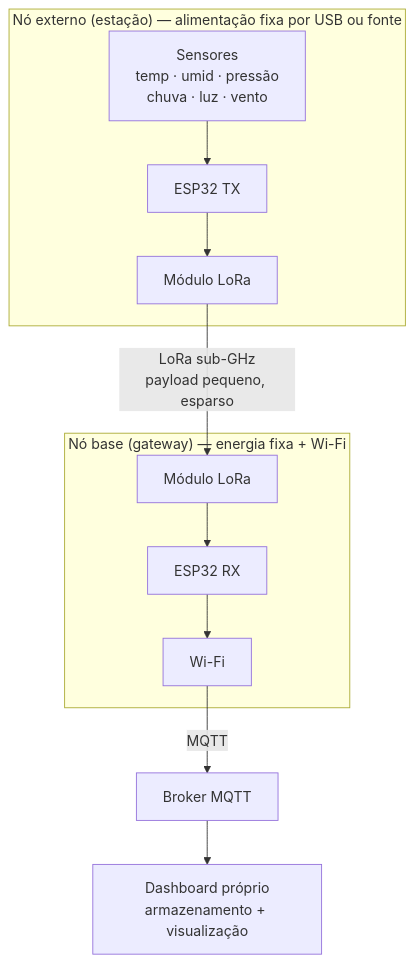
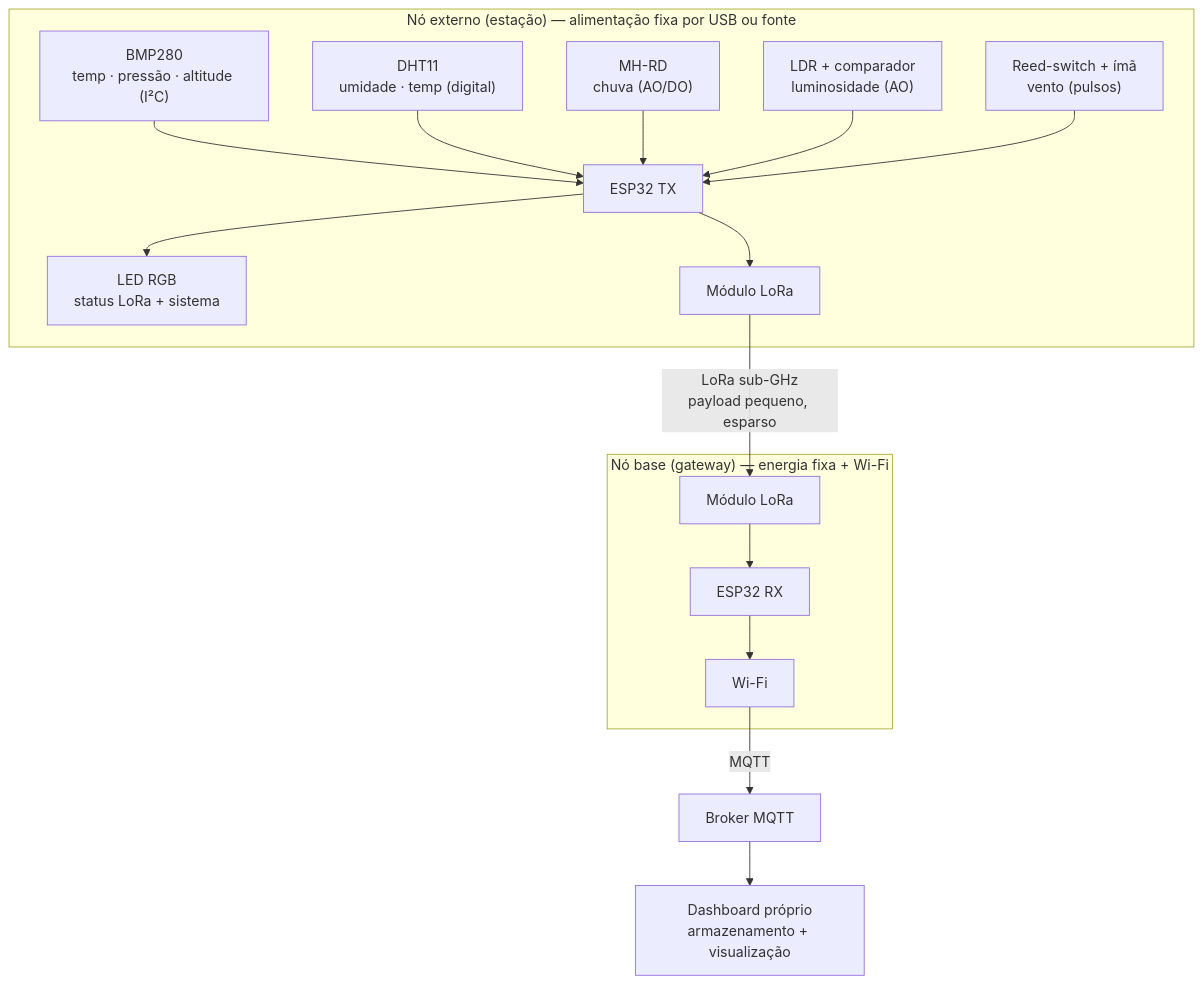
One commit to BrunoBReis/trabalho_embarcados changed the diagram in README.md. Above: the diagram before and after it, drawn with Mermaid. The commit also changed other lines of this file, not shown here.

````diff
--- a/README.md
+++ b/README.md
@@ -83,18 +83,23 @@
 ```mermaid
 
 flowchart TD
     subgraph EXT["Nó externo (estação) — alimentação fixa por USB ou fonte"]
-        S["Sensores<br/>temp · umid · pressão<br/>chuva · luz · vento"] --> E1["ESP32 TX"]
+        BMP["BMP280<br/>temp · pressão · altitude (I²C)"] --> E1["ESP32 TX"]
+        DHT["DHT11<br/>umidade · temp (digital)"] --> E1
+        RAIN["MH-RD<br/>chuva (AO/DO)"] --> E1
+        LDR["LDR + comparador<br/>luminosidade (AO)"] --> E1
+        REED["Reed-switch + ímã<br/>vento (pulsos)"] --> E1
+        E1 --> LED["LED RGB<br/>status LoRa + sistema"]
         E1 --> L1["Módulo LoRa"]
     end
 
     L1 -- "LoRa sub-GHz<br/>payload pequeno, esparso" --> L2["Módulo LoRa"]
 
     subgraph BASE["Nó base (gateway) — energia fixa + Wi-Fi"]
         L2 --> E2["ESP32 RX"]
         E2 --> W["Wi-Fi"]
     end
 
     W -- "MQTT" --> B["Broker MQTT"]
     B --> DB["Dashboard próprio<br/>armazenamento + visualização"]
 ```
````
